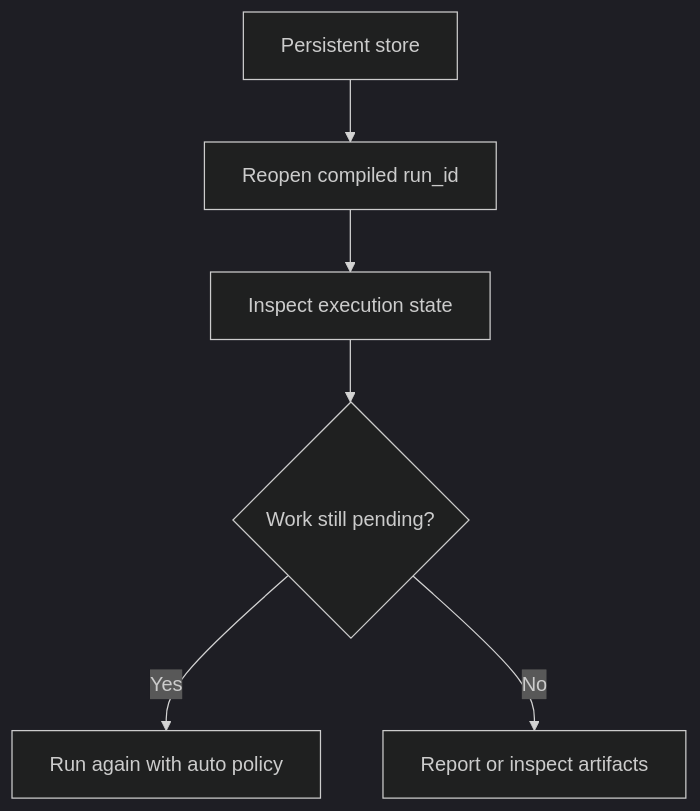
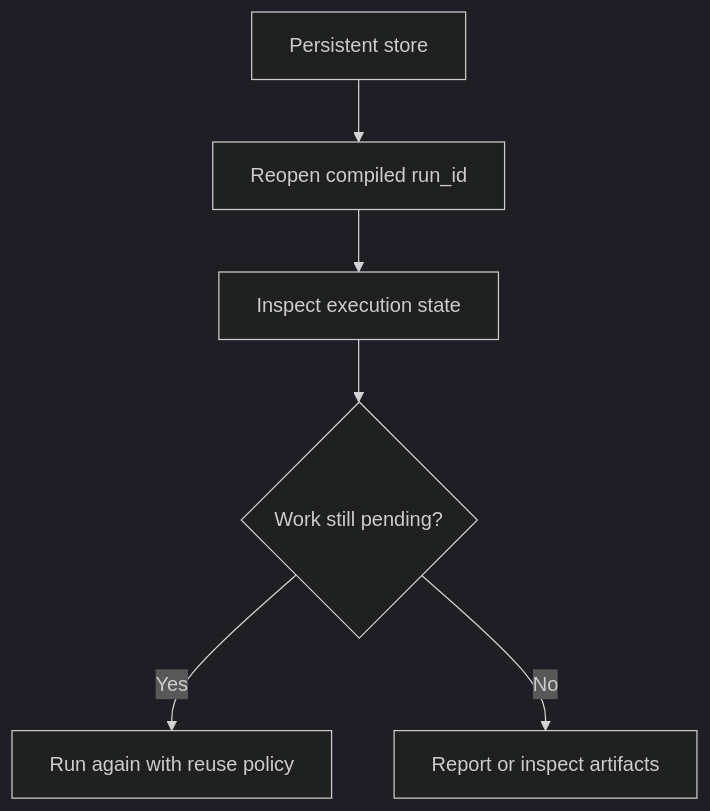
The diagram in docs/how-to/resume-and-inspect-runs.md (Pittawat2542/themis), drawn with Mermaid (dark theme) before and after one commit. The commit also changed other lines of this file and 117 other files, not shown here.

````diff
--- a/docs/how-to/resume-and-inspect-runs.md
+++ b/docs/how-to/resume-and-inspect-runs.md
@@ -20,8 +20,8 @@
 ```mermaid
 flowchart TD
     A["Persistent store"] --> B["Reopen compiled run_id"]
     B --> C["Inspect execution state"]
     C --> D{"Work still pending?"}
-    D -->|Yes| E["Run again with auto policy"]
+    D -->|Yes| E["Run again with reuse policy"]
     D -->|No| F["Report or inspect artifacts"]
 ```
````
